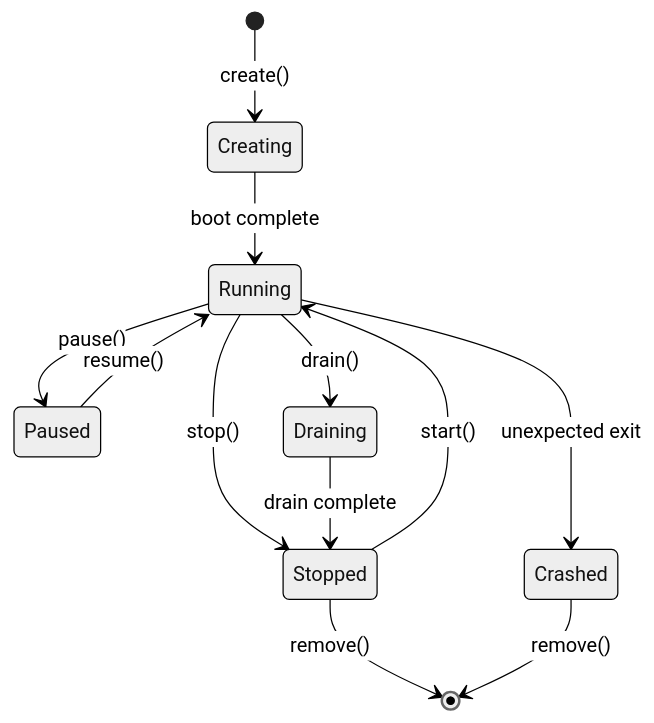
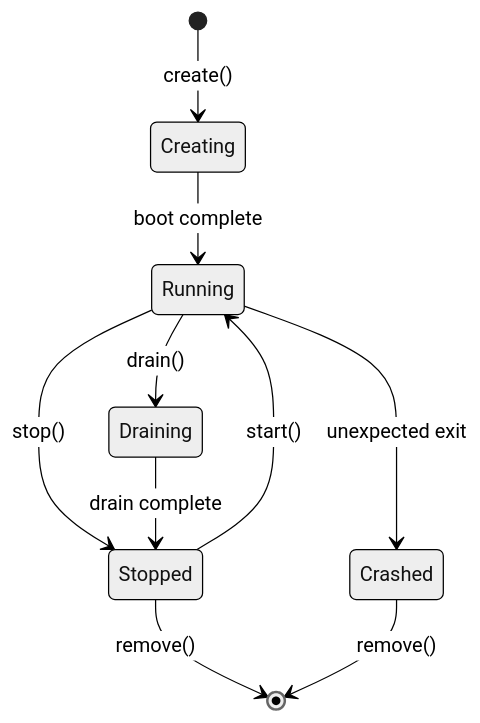
Before and after one commit to superradcompany/microsandbox: the first of 2 diagrams in docs/sandboxes/lifecycle.mdx, drawn with Mermaid (neutral theme). The commit also changed other lines of this file and 24 other files, not shown here.

First line of the commit message:
docs: streamline onboarding and remove roadmap pages

````diff
--- a/docs/sandboxes/lifecycle.mdx
+++ b/docs/sandboxes/lifecycle.mdx
@@ -11,14 +11,12 @@
 ```mermaid
 stateDiagram-v2
     [*] --> Creating: create()
     Creating --> Running: boot complete
-    Running --> Paused: pause()
-    Paused --> Running: resume()
     Running --> Draining: drain()
     Running --> Stopped: stop()
     Running --> Crashed: unexpected exit
     Draining --> Stopped: drain complete
     Stopped --> Running: start()
     Stopped --> [*]: remove()
     Crashed --> [*]: remove()
 ```
````
